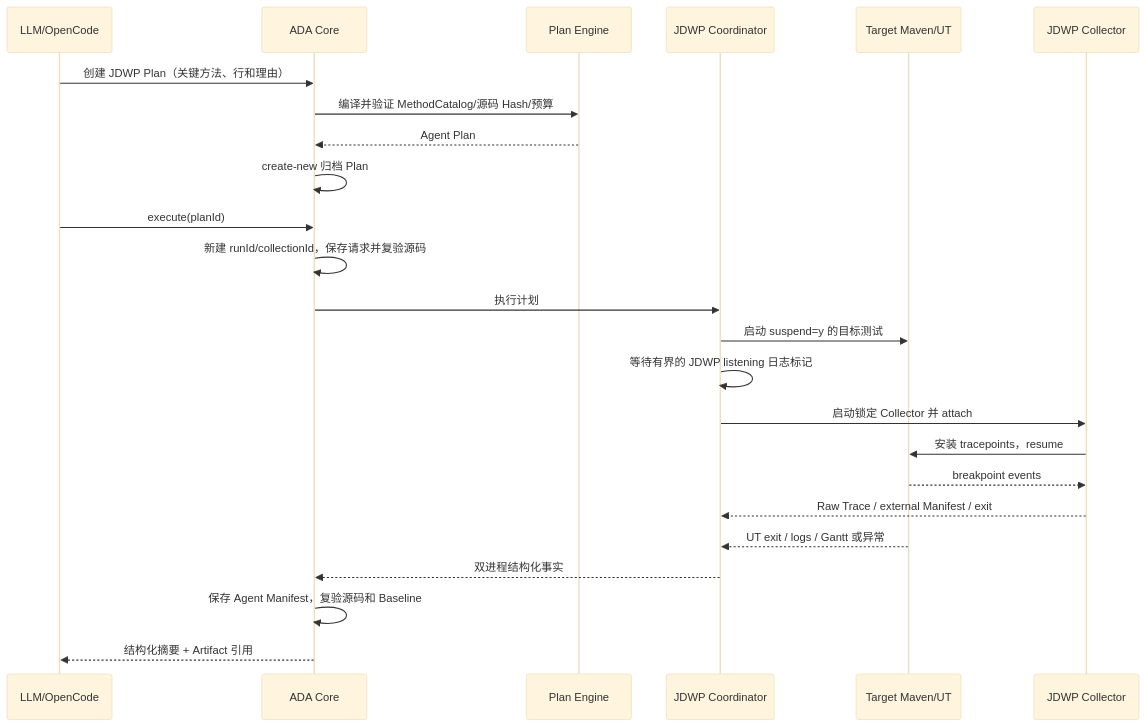
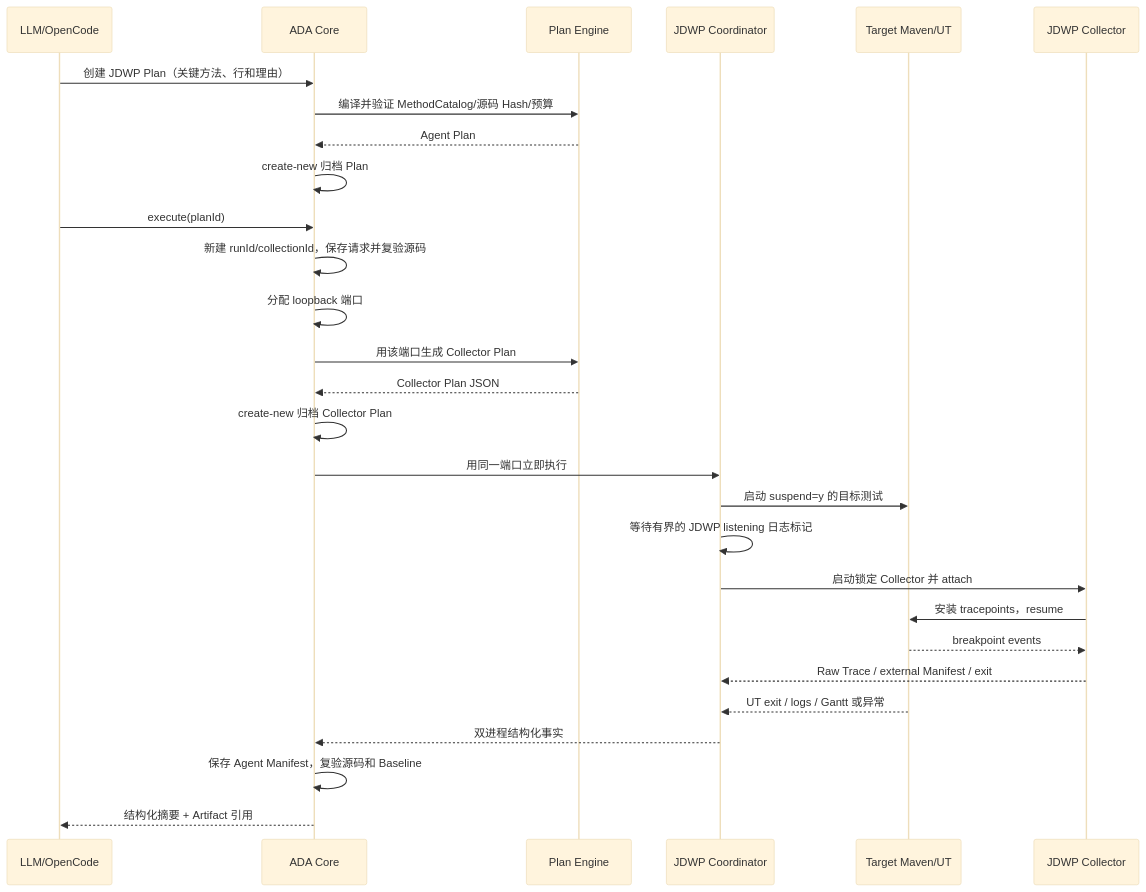
The second of 2 diagrams in docs/designs/2026-08-18-p3-jdwp-integration-design.md (mh90901119-oss/algorithm-debug-agent), drawn with Mermaid (base theme) before and after one commit. The commit also changed other lines of this file and 18 other files, not shown here.

````diff
--- a/docs/designs/2026-08-18-p3-jdwp-integration-design.md
+++ b/docs/designs/2026-08-18-p3-jdwp-integration-design.md
@@ -177,26 +179,30 @@
 ```mermaid
 sequenceDiagram
     participant L as LLM/OpenCode
     participant C as ADA Core
     participant P as Plan Engine
     participant H as JDWP Coordinator
     participant T as Target Maven/UT
     participant J as JDWP Collector
     L->>C: 创建 JDWP Plan（关键方法、行和理由）
     C->>P: 编译并验证 MethodCatalog/源码 Hash/预算
     P-->>C: Agent Plan
     C->>C: create-new 归档 Plan
     L->>C: execute(planId)
     C->>C: 新建 runId/collectionId，保存请求并复验源码
-    C->>H: 执行计划
+    C->>C: 分配 loopback 端口
+    C->>P: 用该端口生成 Collector Plan
+    P-->>C: Collector Plan JSON
+    C->>C: create-new 归档 Collector Plan
+    C->>H: 用同一端口立即执行
     H->>T: 启动 suspend=y 的目标测试
     H->>H: 等待有界的 JDWP listening 日志标记
     H->>J: 启动锁定 Collector 并 attach
     J->>T: 安装 tracepoints，resume
     T-->>J: breakpoint events
     J-->>H: Raw Trace / external Manifest / exit
     T-->>H: UT exit / logs / Gantt 或异常
     H-->>C: 双进程结构化事实
     C->>C: 保存 Agent Manifest，复验源码和 Baseline
     C-->>L: 结构化摘要 + Artifact 引用
 ```
````
